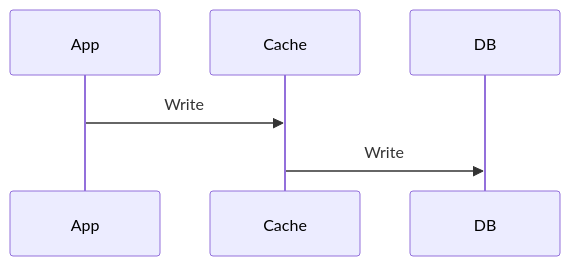
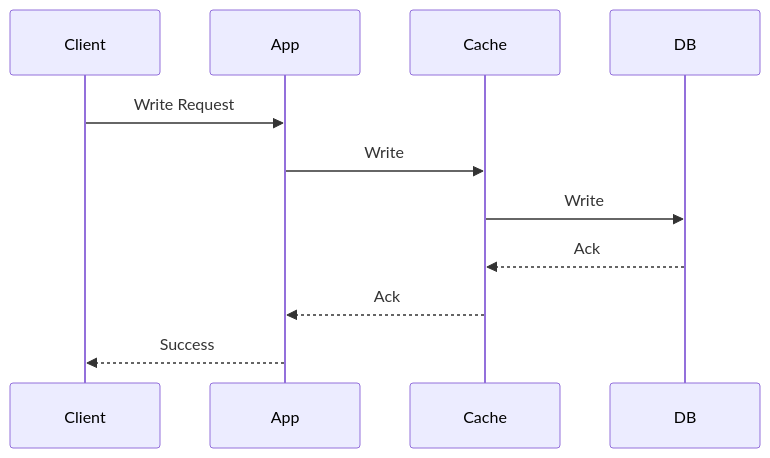
Before and after one commit to spandit230496/design_pattern: the third of 10 diagrams in HLD/Concepts/Caching/readme.md, drawn with Mermaid. The commit also changed other lines of this file, not shown here.

Commit message:
add:cache design

````diff
--- a/HLD/Concepts/Caching/readme.md
+++ b/HLD/Concepts/Caching/readme.md
@@ -72,9 +109,14 @@
 ```mermaid
 sequenceDiagram
+    participant Client
     participant App
     participant Cache
     participant DB
 
+    Client->>App: Write Request
     App->>Cache: Write
     Cache->>DB: Write
+    DB-->>Cache: Ack
+    Cache-->>App: Ack
+    App-->>Client: Success
 ```
````
